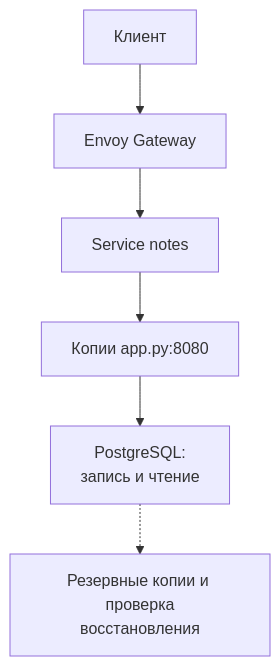
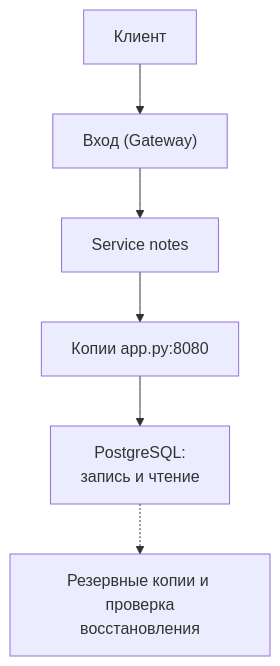
Before and after one commit to distinguished-sre/learning: the fourth of 6 diagrams in devops/10-capstone/08-mock-interview-middle.md, drawn with Mermaid. The commit also changed other lines of this file and 462 other files, not shown here.

````diff
--- a/devops/10-capstone/08-mock-interview-middle.md
+++ b/devops/10-capstone/08-mock-interview-middle.md
@@ -290,8 +293,8 @@
 ```mermaid
 flowchart TD
-    A["Клиент"] --> B["Envoy Gateway"]
+    A["Клиент"] --> B["Вход (Gateway)"]
     B --> C["Service notes"]
     C --> D["Копии app.py:8080"]
     D --> E["PostgreSQL:<br>запись и чтение"]
     E -.-> F["Резервные копии и проверка<br>восстановления"]
 ```
````
